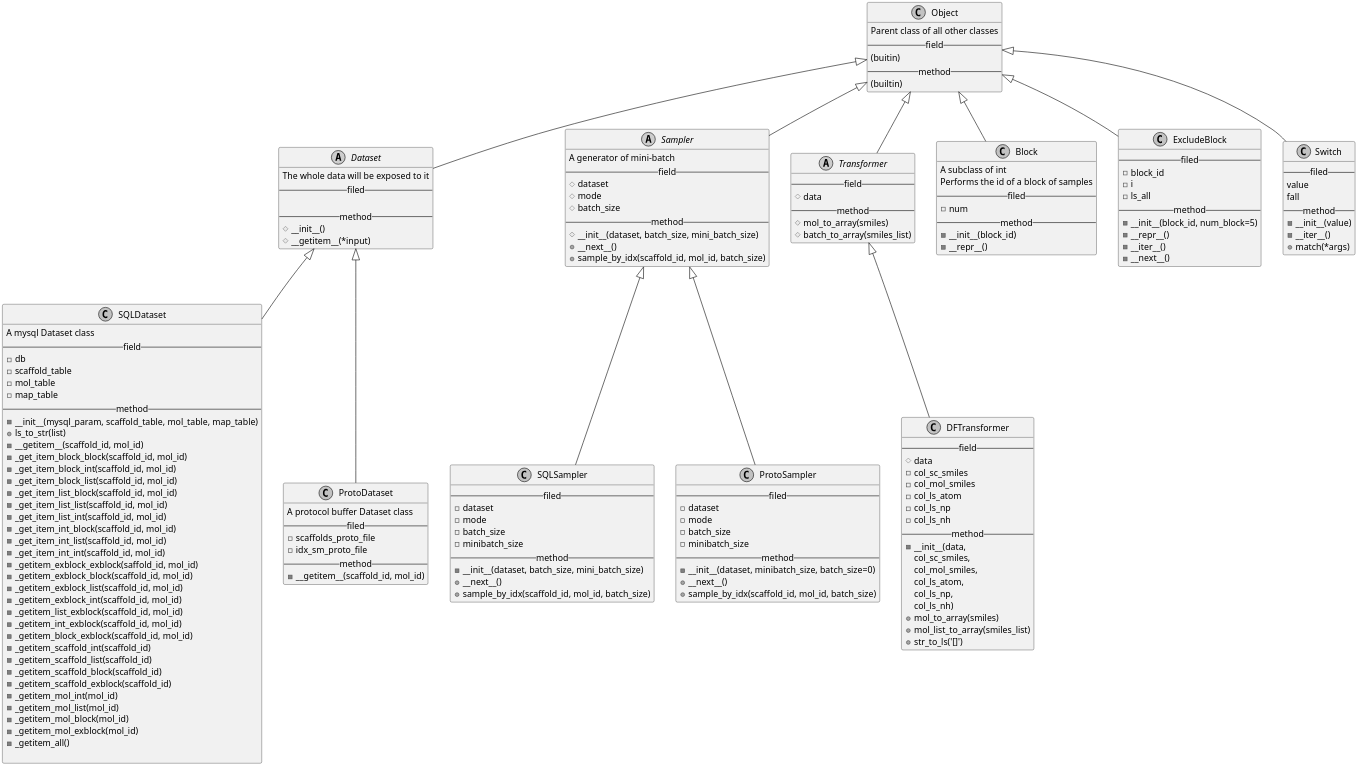
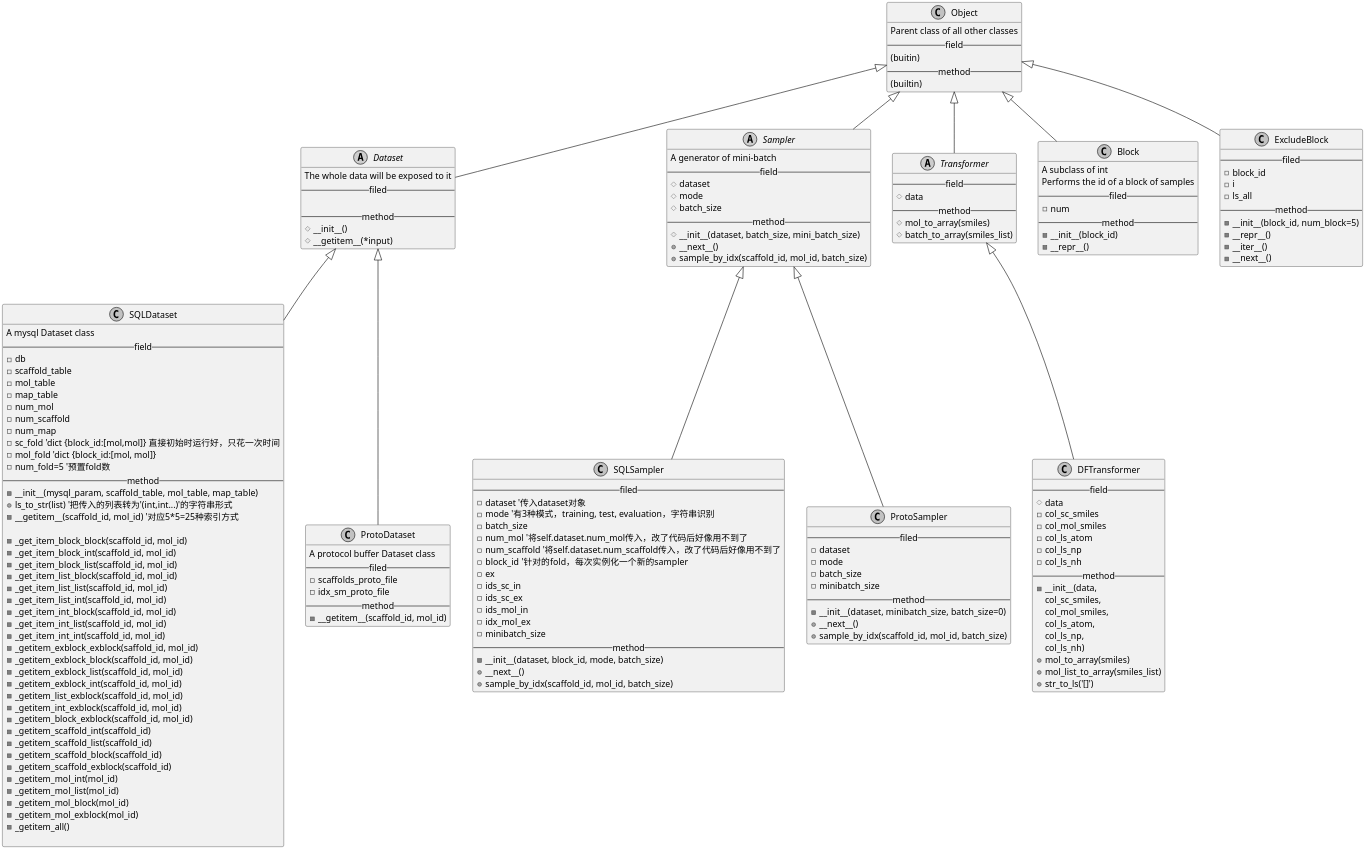
One commit to huluxiaohuowa/scaffold_network_generator changed the diagram in data/dataset.puml. Above: the diagram before and after it, drawn with PlantUML. The commit also changed 6 other files, not shown here.

```diff
--- a/data/dataset.puml
+++ b/data/dataset.puml
@@ -5,15 +5,27 @@
 skinparam svgLinkTarget _parent
 'scale 3000*2000
 
+'目前的sampler为单进程，因为stranformer是外部的，sampler的角色虽然繁琐但是计算量不大，对于当前不超过256的batch_size而言抽样的速度不会影响训练
+'正在考虑是否把transform部分直接写进
+'loader，这部分需要并行，
 
 abstract class Object
 
+'直接读取数据
 Object <|-- Dataset
+
+'对Dataset进行抽样
 Object <|-- Sampler
+
+'数据格式转换与运算
 Object <|-- Transformer
+
+'实现以block进行索引
 Object <|-- Block
+
+'以排除block进行索引
 Object <|-- ExcludeBlock
-Object <|-- Switch
+
 
 
 Dataset <|-- SQLDataset
@@ -32,15 +44,6 @@
 (builtin)
 }
 
-class Switch{
---filed--
-value
-fall
---method--
--__init__(value)
--__iter__()
-+match(*args)
-}
 
 
 class Block{
@@ -51,6 +54,7 @@
 --method--
 -__init__(block_id)
 -__repr__()
+'可以通过访问对象本身来访问类似int值
 }
 
 class ExcludeBlock{
@@ -61,8 +65,10 @@
 --method--
 -__init__(block_id, num_block=5)
 -__repr__()
+'访问对象本身得到迭代器
 -__iter__()
 -__next__()
+'可为generator
 }
 
 abstract class Dataset{
@@ -72,6 +78,7 @@
 --method--
 #__init__()
 #__getitem__(*input)
+'定义接口，形式不固定
 }
 
 class SQLDataset{
@@ -81,10 +88,18 @@
 -scaffold_table
 -mol_table
 -map_table
+-num_mol
+-num_scaffold
+-num_map
+-sc_fold 'dict {block_id:[mol,mol]} 直接初始时运行好，只花一次时间
+-mol_fold 'dict {block_id:[mol, mol]}
+-num_fold=5 '预置fold数
 --method--
 -__init__(mysql_param, scaffold_table, mol_table, map_table)
-+ls_to_str(list)
--__getitem__(scaffold_id, mol_id)
++ls_to_str(list) '把传入的列表转为'(int,int...)'的字符串形式
+-__getitem__(scaffold_id, mol_id) '对应5*5=25种索引方式
+
+'对25种索引方式，以如下方法进行索引
 -_get_item_block_block(scaffold_id, mol_id)
 -_get_item_block_int(scaffold_id, mol_id)
 -_get_item_block_list(scaffold_id, mol_id)
@@ -137,12 +152,20 @@
 
 class SQLSampler{
 --filed--
--dataset
--mode
+-dataset '传入dataset对象
+-mode '有3种模式，training, test, evaluation，字符串识别
 -batch_size
+-num_mol '将self.dataset.num_mol传入，改了代码后好像用不到了
+-num_scaffold '将self.dataset.num_scaffold传入，改了代码后好像用不到了
+-block_id  '针对的fold，每次实例化一个新的sampler
+-ex
+-ids_sc_in
+-ids_sc_ex
+-ids_mol_in
+-idx_mol_ex
 -minibatch_size
 --method--
--__init__(dataset, batch_size, mini_batch_size)
+-__init__(dataset, block_id, mode, batch_size)
 +__next__()
 +sample_by_idx(scaffold_id, mol_id, batch_size)
 }
```
